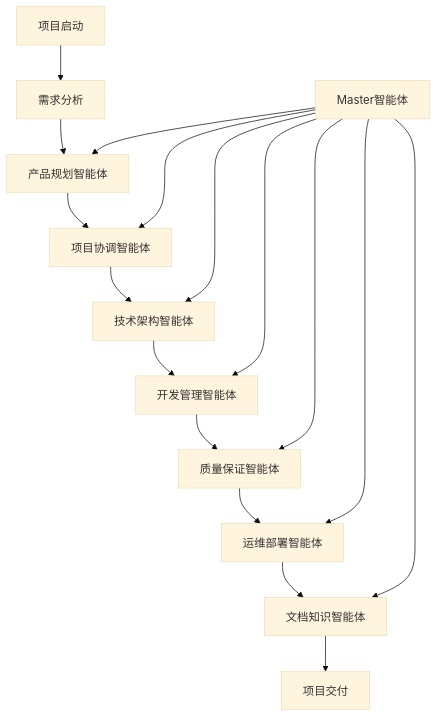
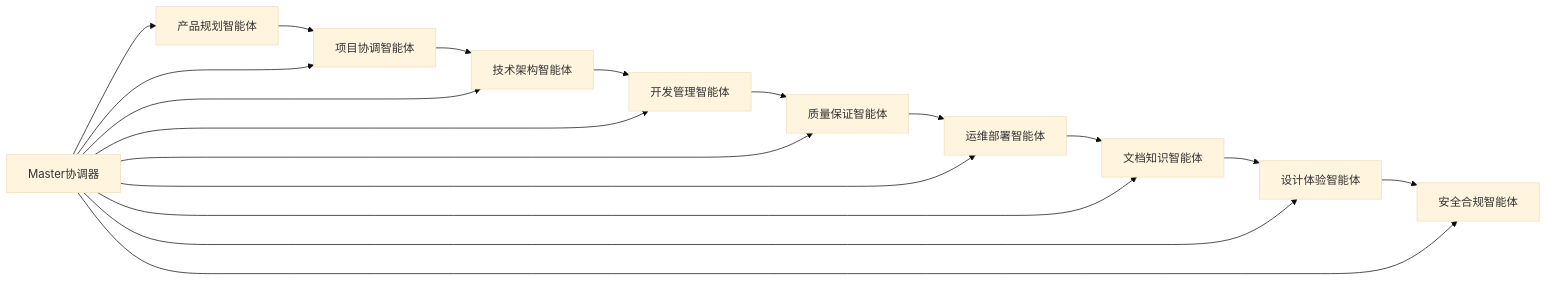
One commit to DemonDamon/AgenticX changed the fourth of 8 diagrams in examples/agenticx-for-vibecoding/README.md. Above: the diagram before and after it, drawn with Mermaid (base theme). The commit also changed other lines of this file, not shown here.

Commit message:
docs: The AgenticX for Vibe-Coding project has enhanced the clarification process and the complete core process flow.

````diff
--- a/examples/agenticx-for-vibecoding/README.md
+++ b/examples/agenticx-for-vibecoding/README.md
@@ -22,20 +114,21 @@
 ```mermaid
-graph TB
-    A[项目启动] --> B[需求分析]
-    B --> C[产品规划智能体]
-    C --> D[项目协调智能体]
-    D --> E[技术架构智能体]
-    E --> F[开发管理智能体]
-    F --> G[质量保证智能体]
-    G --> H[运维部署智能体]
-    H --> I[文档知识智能体]
-    I --> J[项目交付]
+graph LR
+    A[产品规划智能体] --> B[项目协调智能体]
+    B --> C[技术架构智能体]
+    C --> D[开发管理智能体]
+    D --> E[质量保证智能体]
+    E --> F[运维部署智能体]
+    F --> G[文档知识智能体]
+    G --> H[设计体验智能体]
+    H --> I[安全合规智能体]
     
-    K[Master智能体] --> C
-    K --> D
-    K --> E
-    K --> F
-    K --> G
-    K --> H
-    K --> I
+    J[Master协调器] --> A
+    J --> B
+    J --> C
+    J --> D
+    J --> E
+    J --> F
+    J --> G
+    J --> H
+    J --> I
 ```
````
